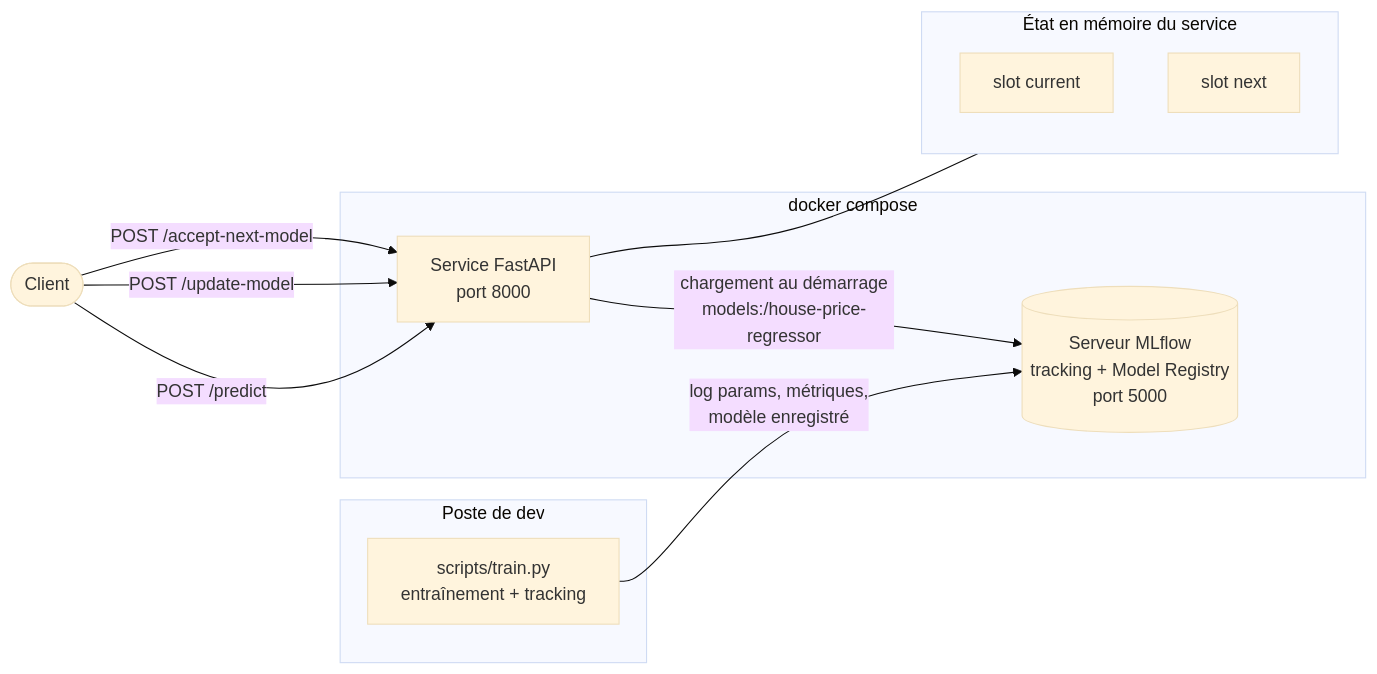
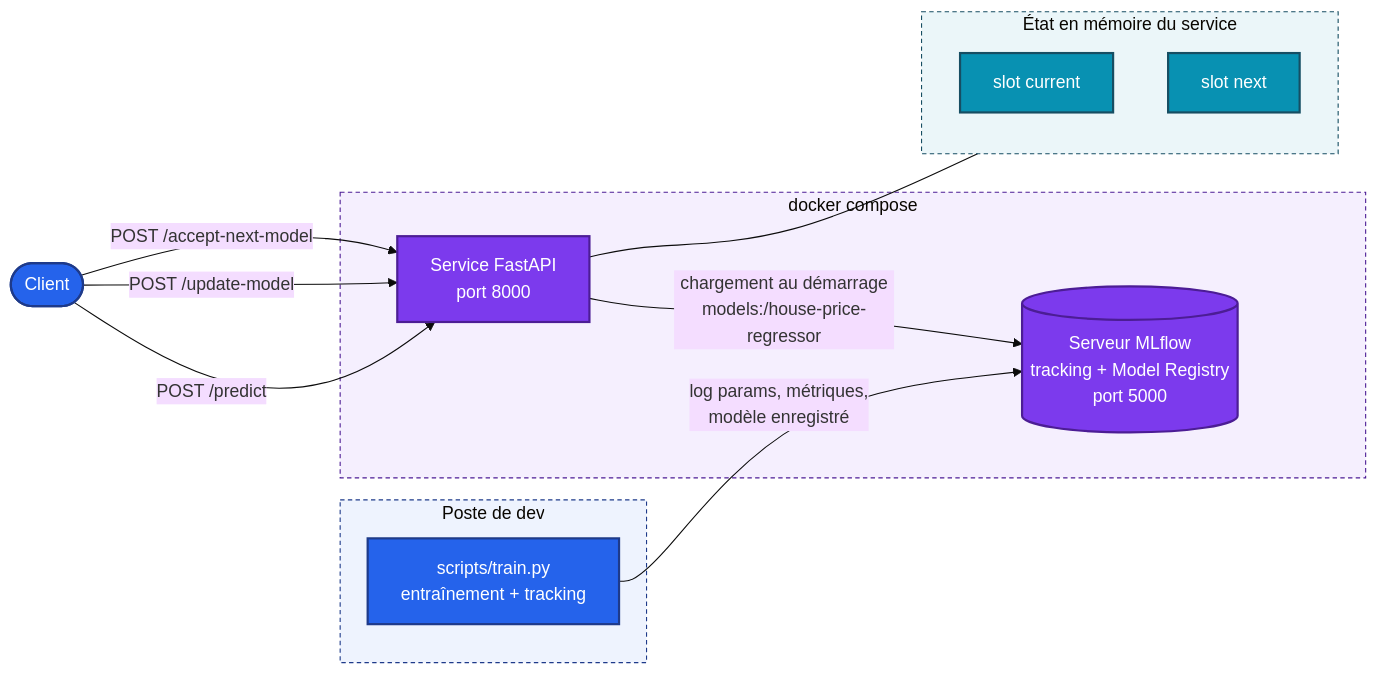
The first of 2 diagrams in README.md (Adam-Blf/mlops-mlflow-canary), drawn with Mermaid (base theme) before and after one commit. The commit also changed other lines of this file, not shown here.

Commit message:
docs: add colors to mermaid diagrams (#1)
Each node gets a palette class (by subgraph or by flow depth), subgraphs are tinted, non-flowchart diagrams use a colored base theme. Validated by rendering every diagram before and after.

````diff
--- a/README.md
+++ b/README.md
@@ -9,26 +9,36 @@
 ```mermaid
 flowchart LR
     subgraph host["Poste de dev"]
         train["scripts/train.py<br/>entraînement + tracking"]
     end
 
     subgraph compose["docker compose"]
         mlflow[("Serveur MLflow<br/>tracking + Model Registry<br/>port 5000")]
         api["Service FastAPI<br/>port 8000"]
     end
 
     client(["Client"])
 
     train -->|log params, métriques,<br/>modèle enregistré| mlflow
     api -->|chargement au démarrage<br/>models:/house-price-regressor| mlflow
     client -->|POST /predict| api
     client -->|POST /update-model| api
     client -->|POST /accept-next-model| api
 
     subgraph slots["État en mémoire du service"]
         current["slot current"]
         next["slot next"]
     end
 
     api --- slots
+
+    classDef c0 fill:#2563eb,stroke:#1e3a8a,stroke-width:2px,color:#ffffff
+    classDef c1 fill:#7c3aed,stroke:#4c1d95,stroke-width:2px,color:#ffffff
+    classDef c2 fill:#0891b2,stroke:#164e63,stroke-width:2px,color:#ffffff
+    class train,client c0
+    class mlflow,api c1
+    class current,next c2
+    style host fill:#2563eb14,stroke:#1e3a8a,stroke-width:1px,stroke-dasharray:4 3
+    style compose fill:#7c3aed14,stroke:#4c1d95,stroke-width:1px,stroke-dasharray:4 3
+    style slots fill:#0891b214,stroke:#164e63,stroke-width:1px,stroke-dasharray:4 3
 ```
````
